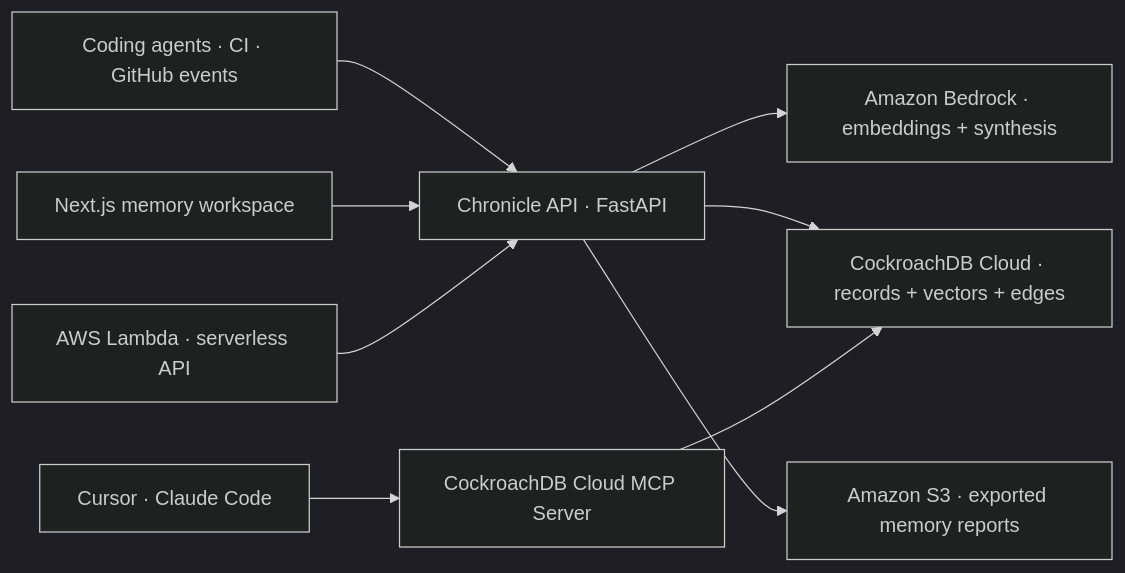
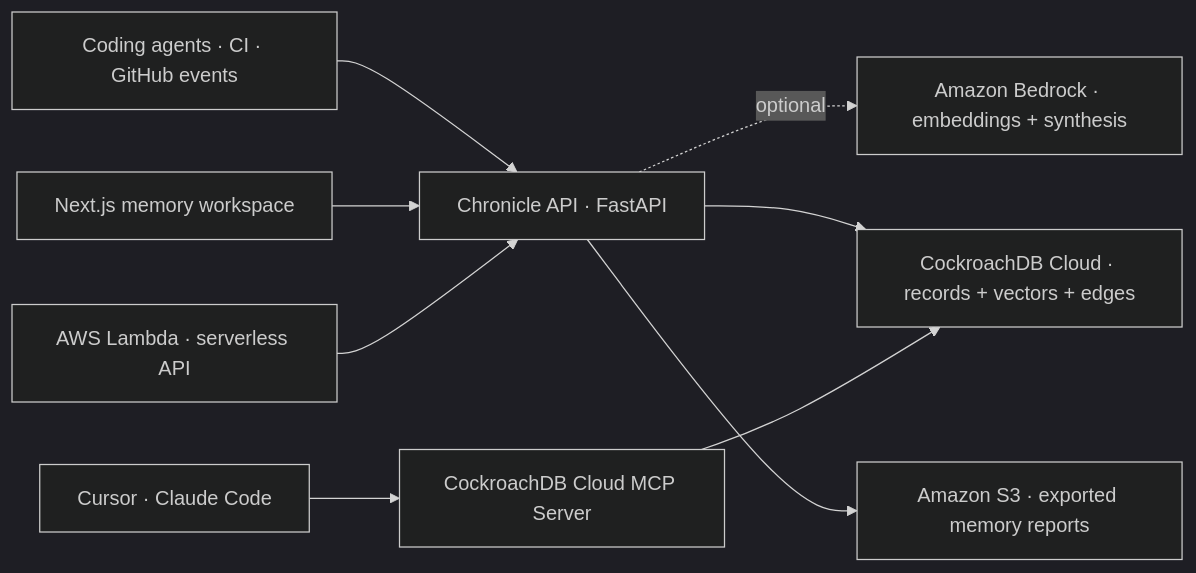
The diagram in README.md (PlutonicSauce/chronicle), drawn with Mermaid (dark theme) before and after one commit. The commit also changed other lines of this file and 1 other file, not shown here.

Commit message:
Disable optional Bedrock inference in demo deployment

````diff
--- a/README.md
+++ b/README.md
@@ -18,11 +18,11 @@
 ```mermaid
 flowchart LR
   agent["Coding agents · CI · GitHub events"] --> api["Chronicle API · FastAPI"]
-  api --> bedrock["Amazon Bedrock · embeddings + synthesis"]
+  api -. optional .-> bedrock["Amazon Bedrock · embeddings + synthesis"]
   api --> crdb["CockroachDB Cloud · records + vectors + edges"]
   mcp["CockroachDB Cloud MCP Server"] --> crdb
   ide["Cursor · Claude Code"] --> mcp
   web["Next.js memory workspace"] --> api
   api --> s3["Amazon S3 · exported memory reports"]
   lambda["AWS Lambda · serverless API"] --> api
 ```
````
